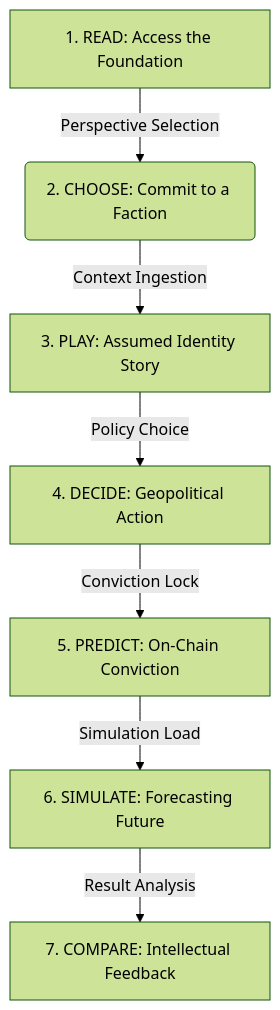
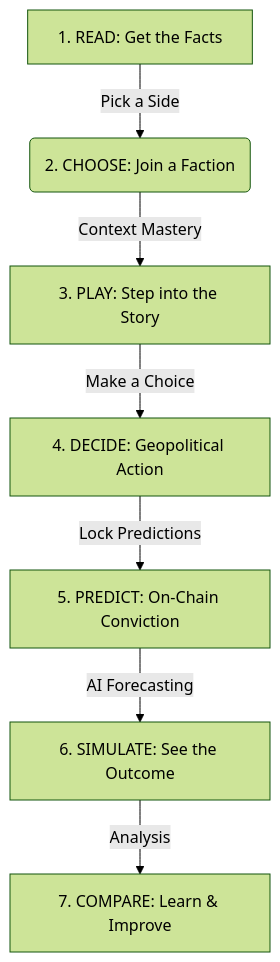
One commit to Minhen96/Plot-the-news changed the diagram in README.md. Above: the diagram before and after it, drawn with Mermaid (forest theme). The commit also changed other lines of this file and 7 other files, not shown here.

````diff
--- a/README.md
+++ b/README.md
@@ -15,9 +16,9 @@
 ```mermaid
 graph TD
-    A[1. READ: Access the Foundation] -->|Perspective Selection| B(2. CHOOSE: Commit to a Faction)
-    B -->|Context Ingestion| C[3. PLAY: Assumed Identity Story]
-    C -->|Policy Choice| D[4. DECIDE: Geopolitical Action]
-    D -->|Conviction Lock| E[5. PREDICT: On-Chain Conviction]
-    E -->|Simulation Load| F[6. SIMULATE: Forecasting Future]
-    F -->|Result Analysis| G[7. COMPARE: Intellectual Feedback]
+    A[1. READ: Get the Facts] -->|Pick a Side| B(2. CHOOSE: Join a Faction)
+    B -->|Context Mastery| C[3. PLAY: Step into the Story]
+    C -->|Make a Choice| D[4. DECIDE: Geopolitical Action]
+    D -->|Lock Predictions| E[5. PREDICT: On-Chain Conviction]
+    E -->|AI Forecasting| F[6. SIMULATE: See the Outcome]
+    F -->|Analysis| G[7. COMPARE: Learn & Improve]
 ```
````
